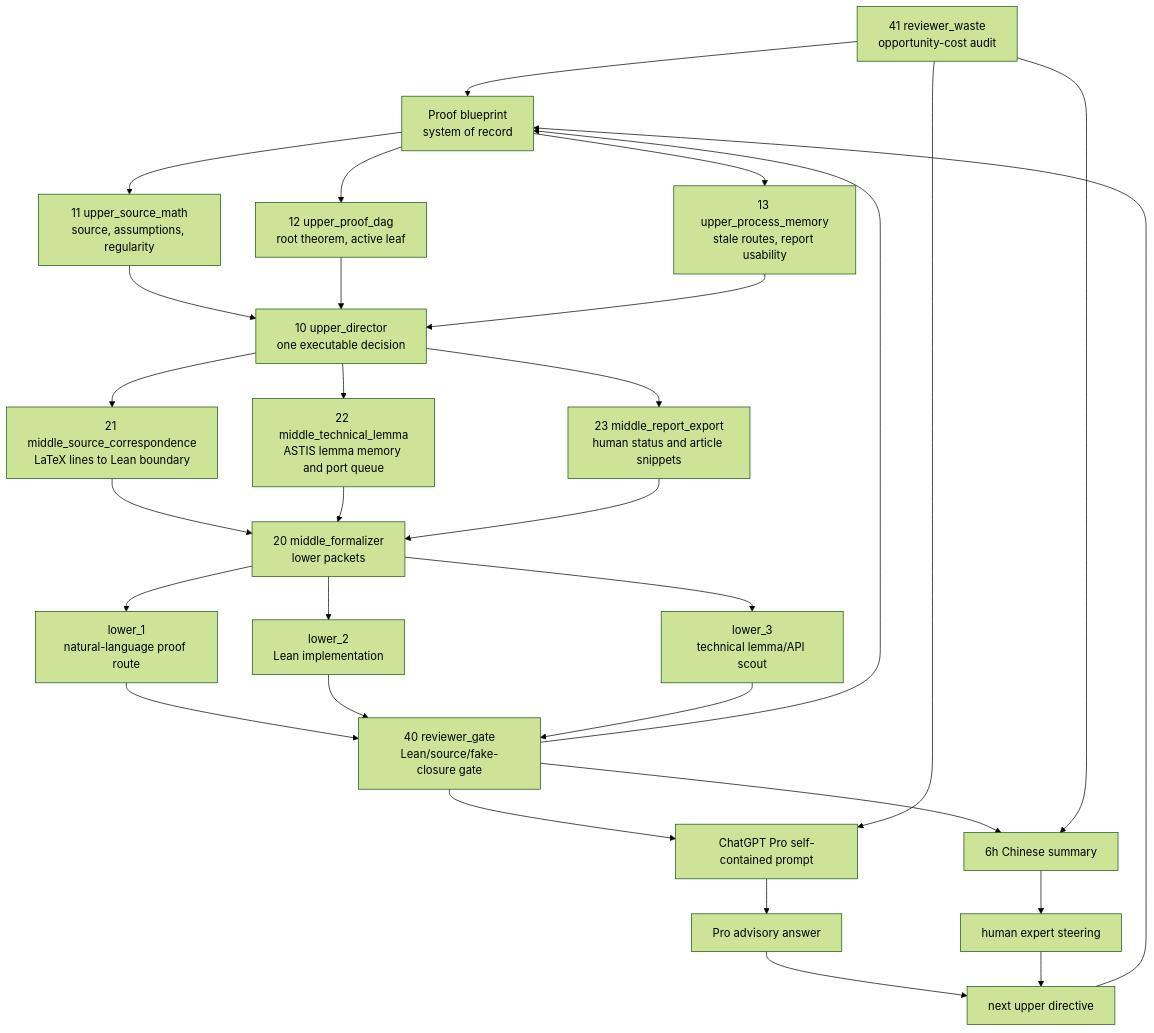
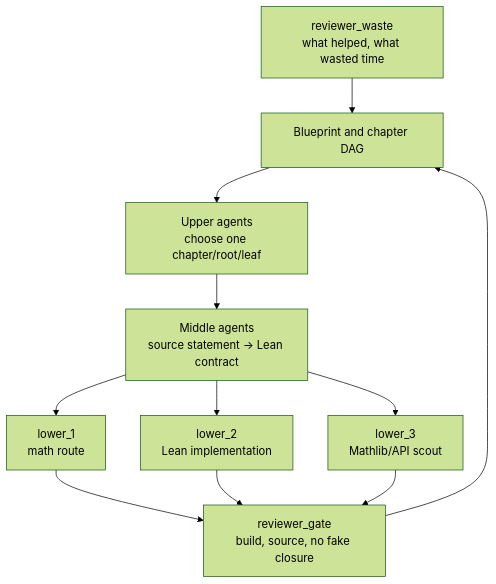
The third of 3 diagrams in README.md (DakeBU/Auto-Sampling-Theory-In-Sleep), drawn with Mermaid (forest theme) before and after one commit. The commit also changed other lines of this file, not shown here.

Commit message:
Improve ASTIS panel cadence and agent orchestration

````diff
--- a/README.md
+++ b/README.md
@@ -135,47 +147,18 @@
 ```mermaid
 flowchart TD
-  B[Proof blueprint<br/>system of record]
-  S[11 upper_source_math<br/>source, assumptions, regularity]
-  D[12 upper_proof_dag<br/>root theorem, active leaf]
-  P[13 upper_process_memory<br/>stale routes, report usability]
-  U[10 upper_director<br/>one executable decision]
-  C[21 middle_source_correspondence<br/>LaTeX lines to Lean boundary]
-  T[22 middle_technical_lemma<br/>ASTIS lemma memory and port queue]
-  E[23 middle_report_export<br/>human status and article snippets]
-  M[20 middle_formalizer<br/>lower packets]
-  L1[lower_1<br/>natural-language proof route]
+  BP[Blueprint and chapter DAG]
+  U[Upper agents<br/>choose one chapter/root/leaf]
+  M[Middle agents<br/>source statement -> Lean contract]
+  L1[lower_1<br/>math route]
   L2[lower_2<br/>Lean implementation]
-  L3[lower_3<br/>technical lemma/API scout]
-  R[40 reviewer_gate<br/>Lean/source/fake-closure gate]
-  W[41 reviewer_waste<br/>opportunity-cost audit]
+  L3[lower_3<br/>Mathlib/API scout]
+  R[reviewer_gate<br/>build, source, no fake closure]
+  W[reviewer_waste<br/>what helped, what wasted time]
 
-  B --> S
-  B --> D
-  B --> P
-  S --> U
-  D --> U
-  P --> U
-  U --> C
-  U --> T
-  U --> E
-  C --> M
-  T --> M
-  E --> M
-  M --> L1
-  M --> L2
-  M --> L3
-  L1 --> R
-  L2 --> R
-  L3 --> R
-  R --> B
-  W --> B
-  R --> ZH[6h Chinese summary]
-  W --> ZH
-  R --> PRO[ChatGPT Pro self-contained prompt]
-  W --> PRO
-  PRO --> PA[Pro advisory answer]
-  ZH --> HU[human expert steering]
-  PA --> NX[next upper directive]
-  HU --> NX
-  NX --> B
+  BP --> U --> M
+  M --> L1 --> R
+  M --> L2 --> R
+  M --> L3 --> R
+  R --> BP
+  W --> BP
 ```
````
